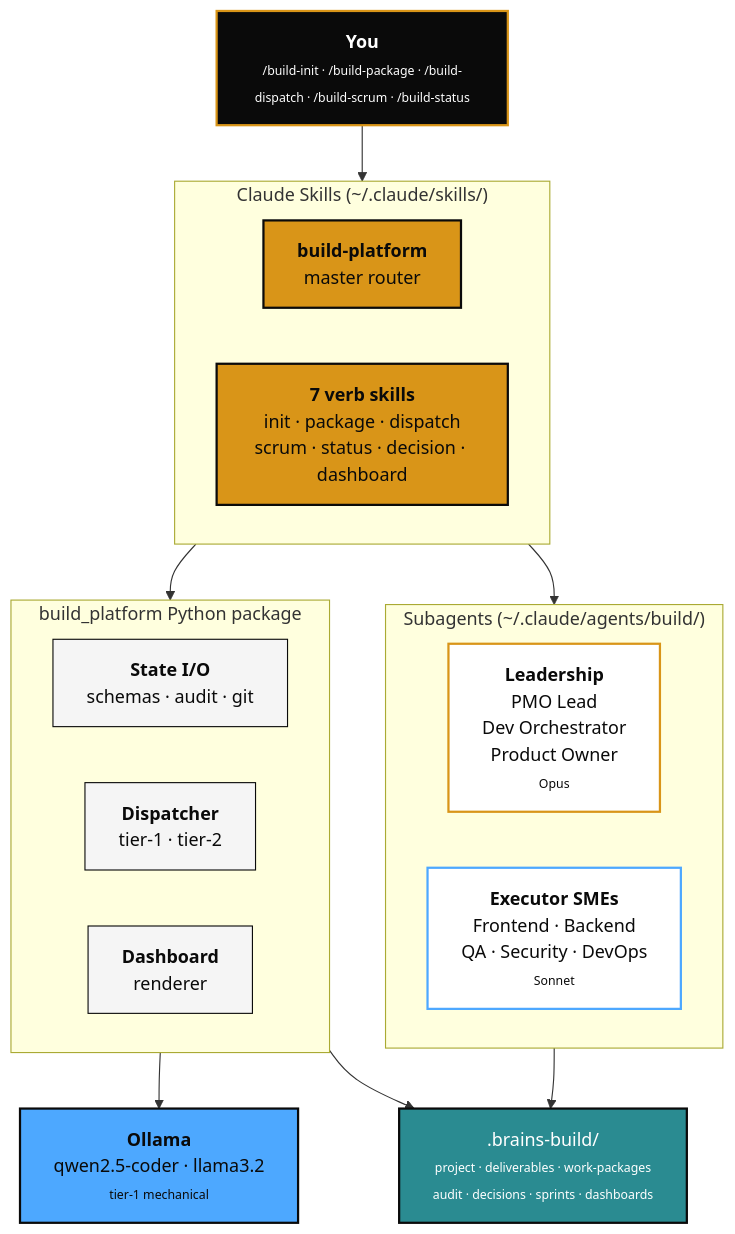
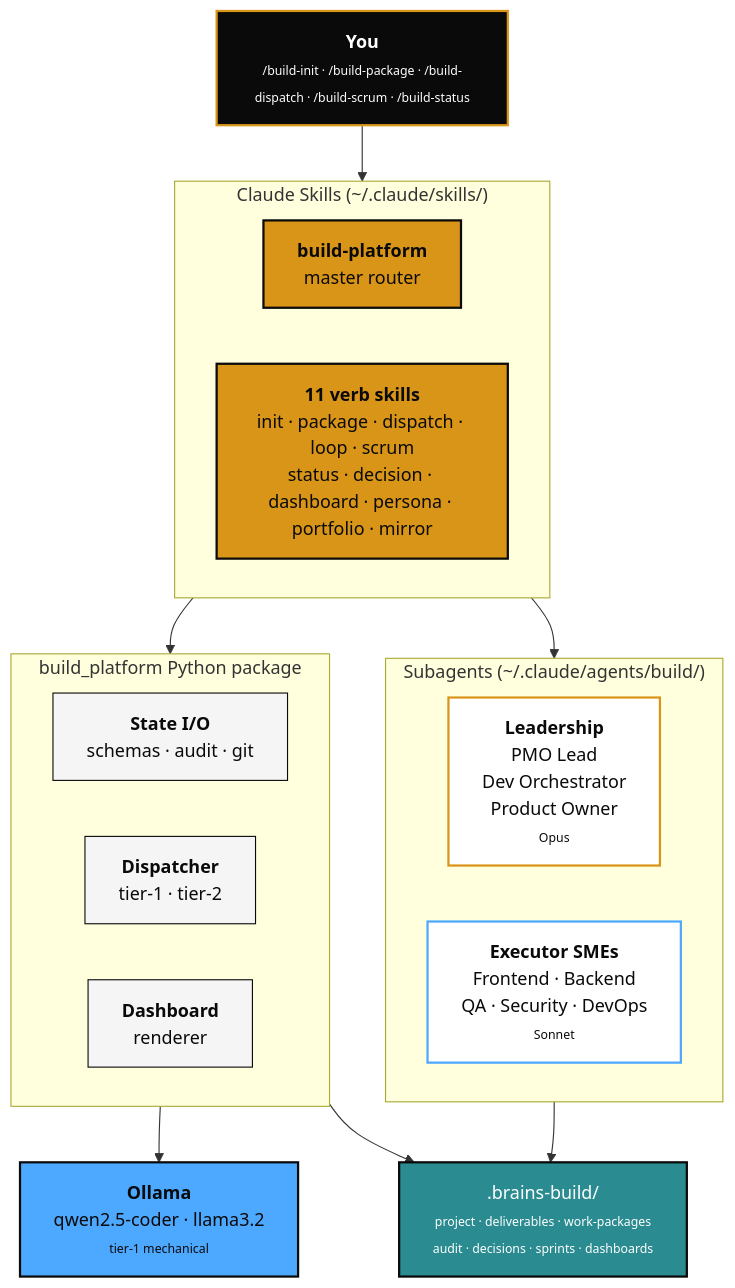
The diagram in README.md (shard-BRAINS/BRAINS-build-platform), drawn with Mermaid before and after one commit. The commit also changed other lines of this file and 24 other files, not shown here.

````diff
--- a/README.md
+++ b/README.md
@@ -41,41 +41,41 @@
 ```mermaid
 flowchart TD
     U["<b>You</b><br/><span style='font-size:11px'>/build-init · /build-package · /build-dispatch · /build-scrum · /build-status</span>"]:::user
 
     subgraph SKILLS["Claude Skills (~/.claude/skills/)"]
       direction LR
       MS["<b>build-platform</b><br/>master router"]:::skill
-      VS["<b>7 verb skills</b><br/>init · package · dispatch<br/>scrum · status · decision · dashboard"]:::skill
+      VS["<b>11 verb skills</b><br/>init · package · dispatch · loop · scrum<br/>status · decision · dashboard · persona · portfolio · mirror"]:::skill
     end
 
     subgraph AGENTS["Subagents (~/.claude/agents/build/)"]
       direction LR
       LEAD["<b>Leadership</b><br/>PMO Lead<br/>Dev Orchestrator<br/>Product Owner<br/><span style='font-size:11px'>Opus</span>"]:::lead
       SME["<b>Executor SMEs</b><br/>Frontend · Backend<br/>QA · Security · DevOps<br/><span style='font-size:11px'>Sonnet</span>"]:::sme
     end
 
     subgraph PKG["build_platform Python package"]
       direction LR
       STATE["<b>State I/O</b><br/>schemas · audit · git"]:::pkg
       DISP["<b>Dispatcher</b><br/>tier-1 · tier-2"]:::pkg
       DASH["<b>Dashboard</b><br/>renderer"]:::pkg
     end
 
     OLLAMA["<b>Ollama</b><br/>qwen2.5-coder · llama3.2<br/><span style='font-size:11px'>tier-1 mechanical</span>"]:::ollama
     FS[".brains-build/<br/><span style='font-size:11px'>project · deliverables · work-packages<br/>audit · decisions · sprints · dashboards</span>"]:::state
 
     U --> SKILLS
     SKILLS --> PKG
     SKILLS --> AGENTS
     PKG --> OLLAMA
     PKG --> FS
     AGENTS --> FS
 
     classDef user fill:#0A0A0A,stroke:#D99518,stroke-width:2px,color:#FFFFFF
     classDef skill fill:#D99518,stroke:#0A0A0A,stroke-width:2px,color:#0A0A0A
     classDef lead fill:#FFFFFF,stroke:#D99518,stroke-width:2px,color:#0A0A0A
     classDef sme fill:#FFFFFF,stroke:#4DA8FF,stroke-width:2px,color:#0A0A0A
     classDef pkg fill:#F5F5F5,stroke:#0A0A0A,stroke-width:1px,color:#0A0A0A
     classDef ollama fill:#4DA8FF,stroke:#0A0A0A,stroke-width:2px,color:#0A0A0A
     classDef state fill:#2A8B91,stroke:#0A0A0A,stroke-width:2px,color:#FFFFFF
 ```
````
